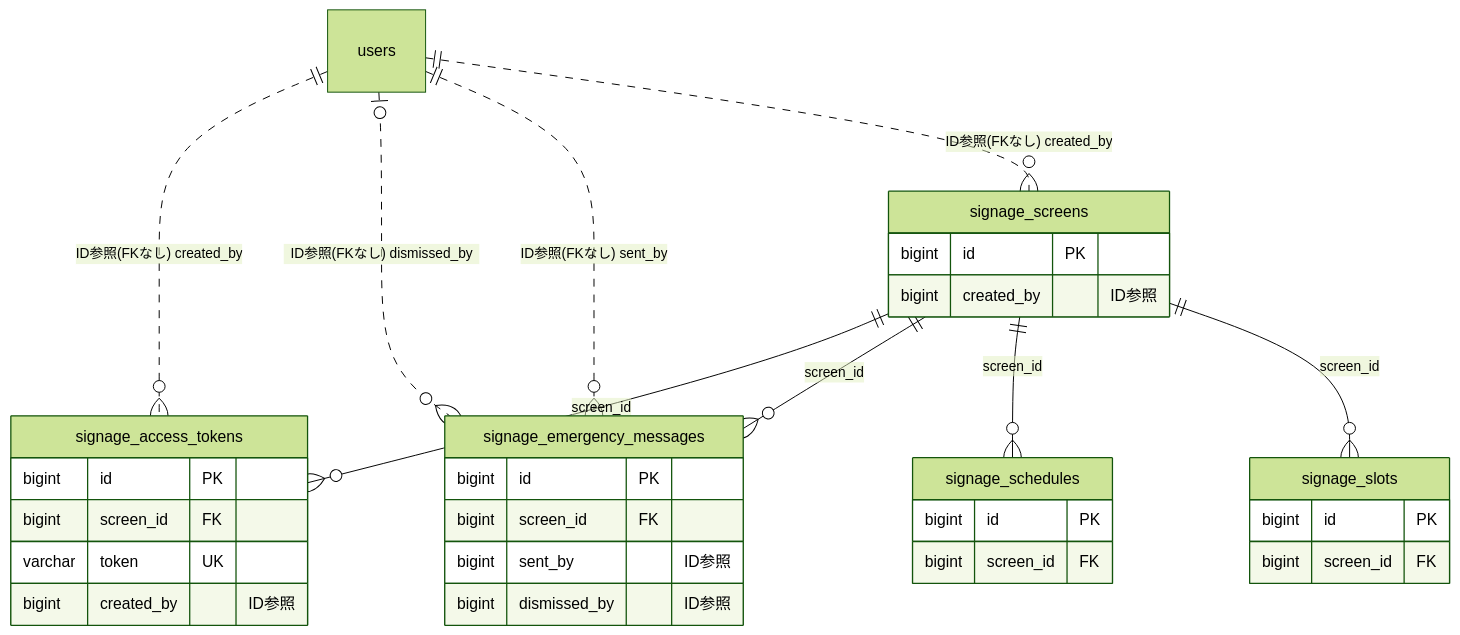
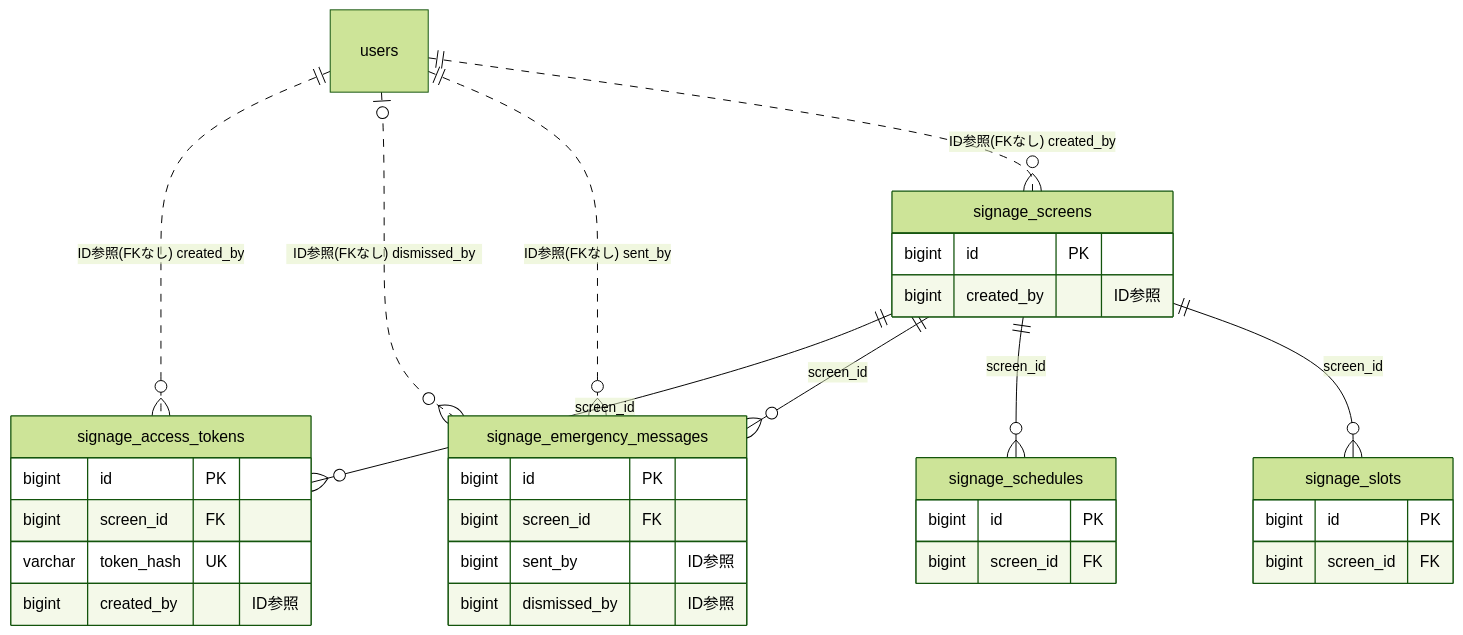
The diagram in docs/architecture/er/signage.md (Mannschaft2026/mannschaft), drawn with Mermaid (forest theme) before and after one commit. The commit also changed other lines of this file and 20 other files, not shown here.

````diff
--- a/docs/architecture/er/signage.md
+++ b/docs/architecture/er/signage.md
@@ -12,36 +12,36 @@
 ```mermaid
 erDiagram
     signage_access_tokens {
         bigint id PK
         bigint screen_id FK
-        varchar token UK
+        varchar token_hash UK
         bigint created_by "ID参照"
     }
     signage_emergency_messages {
         bigint id PK
         bigint screen_id FK
         bigint sent_by "ID参照"
         bigint dismissed_by "ID参照"
     }
     signage_schedules {
         bigint id PK
         bigint screen_id FK
     }
     signage_screens {
         bigint id PK
         bigint created_by "ID参照"
     }
     signage_slots {
         bigint id PK
         bigint screen_id FK
     }
     users
     signage_screens ||--o{ signage_access_tokens : "screen_id"
     users ||..o{ signage_access_tokens : "ID参照(FKなし) created_by"
     signage_screens ||--o{ signage_emergency_messages : "screen_id"
     users |o..o{ signage_emergency_messages : "ID参照(FKなし) dismissed_by"
     users ||..o{ signage_emergency_messages : "ID参照(FKなし) sent_by"
     signage_screens ||--o{ signage_schedules : "screen_id"
     users ||..o{ signage_screens : "ID参照(FKなし) created_by"
     signage_screens ||--o{ signage_slots : "screen_id"
 ```
````
